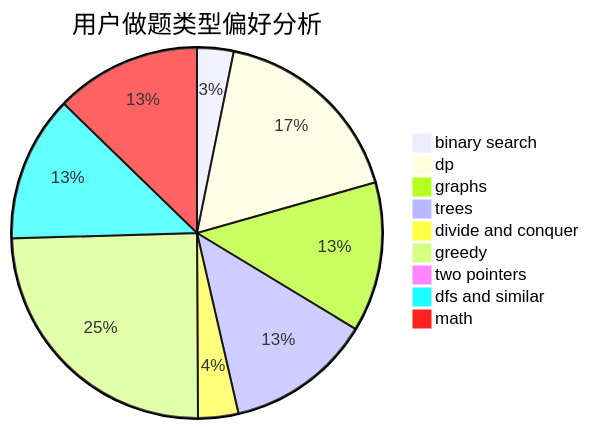
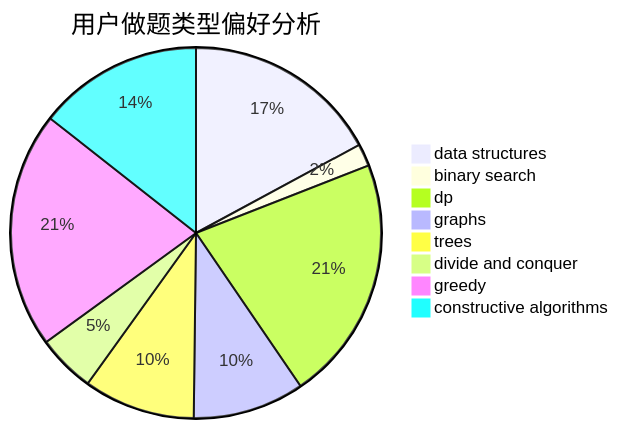
Before and after one commit to sherpahu/cfrs.github.io: the second of 3 diagrams in docs/user/u2222.md, drawn with Mermaid. The commit also changed other lines of this file and 2775 other files, not shown here.

````diff
--- a/docs/user/u2222.md
+++ b/docs/user/u2222.md
@@ -23,12 +23,11 @@
 ```mermaid
 pie title 用户做题类型偏好分析
-    "binary search" :  19
-    "dp" :  104
-    "graphs" :  78
-    "trees" :  76
-    "divide and conquer" :  21
-    "greedy" :  147
-    "two pointers" :  3
-    "dfs and similar" :  76
-    "math" :  76
+    "data structures" :  44
+    "binary search" :  5
+    "dp" :  55
+    "graphs" :  25
+    "trees" :  25
+    "divide and conquer" :  13
+    "greedy" :  53
+    "constructive algorithms" :  37
 ```
````
